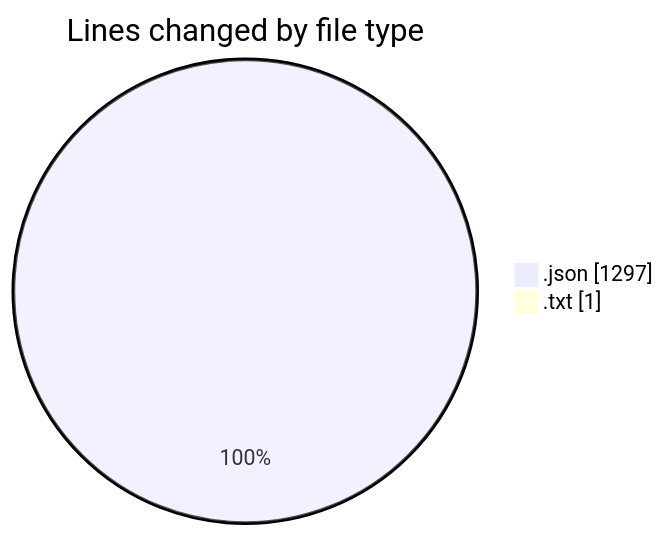
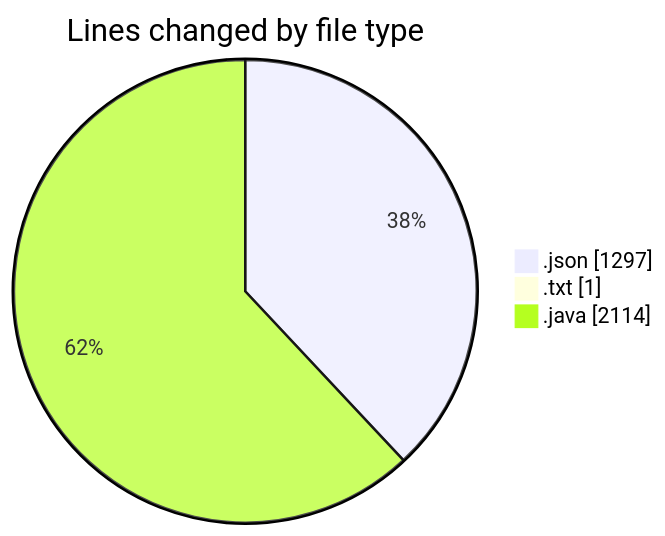
Before and after one commit to ricardozamudiocil/code-tracking: the first of 2 diagrams in 2026-10-15/cilapp/README.md, drawn with Mermaid. The commit also changed other lines of this file and 1 other file, not shown here.

````diff
--- a/2026-10-15/cilapp/README.md
+++ b/2026-10-15/cilapp/README.md
@@ -21,6 +23,7 @@
 ```mermaid
 pie showData
 title Lines changed by file type
 ".json" : 1297
 ".txt" : 1
+".java" : 2114
 ```
````
